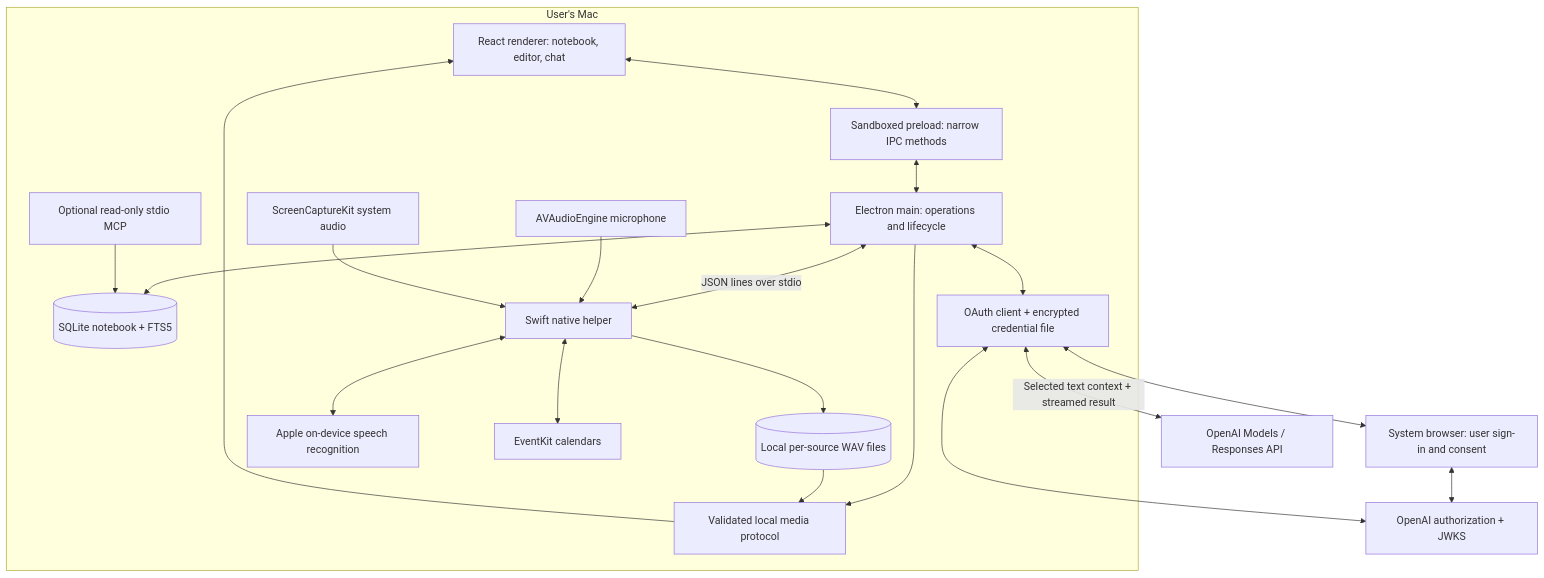
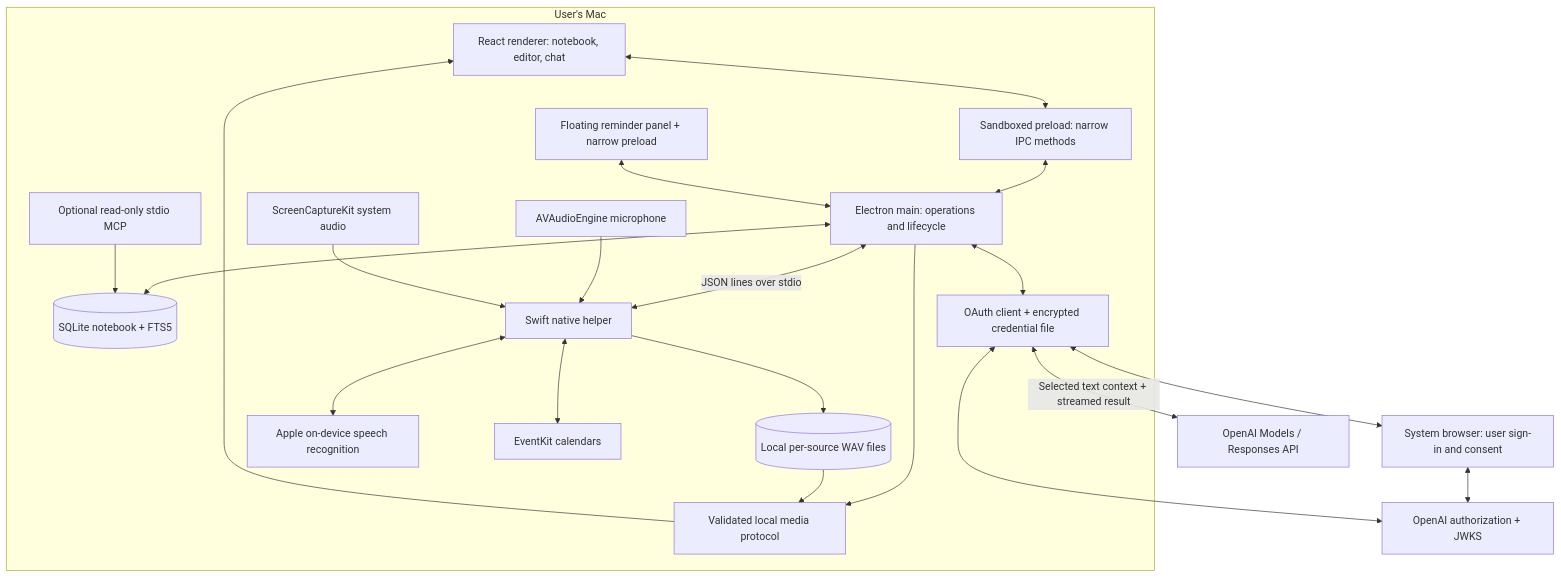
One commit to Michael-Ma/stillnote changed the first of 2 diagrams in docs/ARCHITECTURE.md. Above: the diagram before and after it, drawn with Mermaid. The commit also changed other lines of this file and 9 other files, not shown here.

````diff
--- a/docs/ARCHITECTURE.md
+++ b/docs/ARCHITECTURE.md
@@ -27,39 +27,41 @@
 ```mermaid
 flowchart TB
     subgraph Mac[User's Mac]
       UI[React renderer: notebook, editor, chat]
+      Panel[Floating reminder panel + narrow preload]
       Bridge[Sandboxed preload: narrow IPC methods]
       Main[Electron main: operations and lifecycle]
       Store[(SQLite notebook + FTS5)]
       Audio[(Local per-source WAV files)]
       Media[Validated local media protocol]
       Auth[OAuth client + encrypted credential file]
       Native[Swift native helper]
       Mic[AVAudioEngine microphone]
       System[ScreenCaptureKit system audio]
       Speech[Apple on-device speech recognition]
       Calendar[EventKit calendars]
       MCP[Optional read-only stdio MCP]
       UI <--> Bridge
       Bridge <--> Main
+      Panel <--> Main
       Main <--> Store
       Native --> Audio
       Main --> Media
       Audio --> Media
       Media --> UI
       Main <--> Auth
       Main <-->|JSON lines over stdio| Native
       Mic --> Native
       System --> Native
       Native <--> Speech
       Native <--> Calendar
       MCP --> Store
     end
     Browser[System browser: user sign-in and consent]
     Identity[OpenAI authorization + JWKS]
     Models[OpenAI Models / Responses API]
     Auth <--> Browser
     Browser <--> Identity
     Auth <--> Identity
     Auth <-->|Selected text context + streamed result| Models
 ```
````
